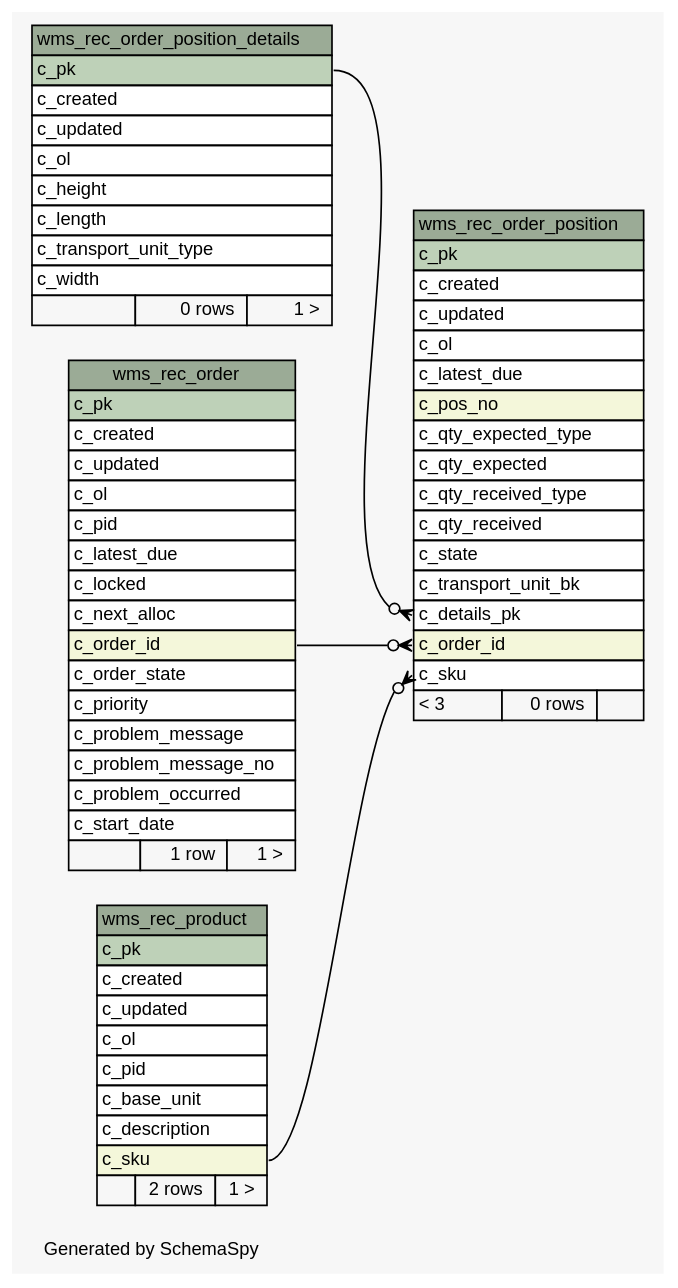
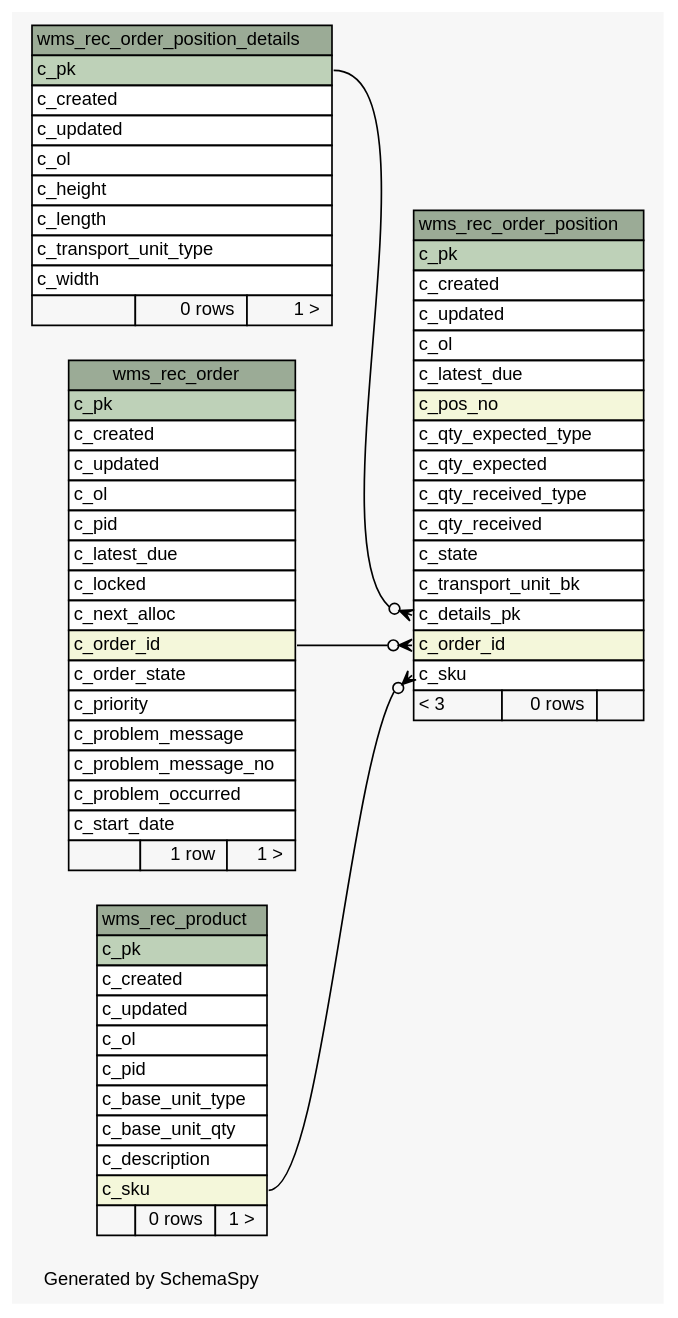
Before and after one commit to openwms/org.openwms.wms.receiving.lib: the diagram in 1.0.0-SNAPSHOT/schemaspy/diagrams/summary/relationships.real.large.dot, drawn with Graphviz. The commit also changed 246 other files, not shown here.

```diff
--- a/1.0.0-SNAPSHOT/schemaspy/diagrams/summary/relationships.real.large.dot
+++ b/1.0.0-SNAPSHOT/schemaspy/diagrams/summary/relationships.real.large.dot
@@ -1,107 +1,108 @@
 // dot 2.38.0 on Linux 4.15.0-1077-gcp
 // SchemaSpy rev Unknown
 digraph "largeRelationshipsDiagram" {
   graph [
     rankdir="RL"
     bgcolor="#f7f7f7"
     label="\nGenerated by SchemaSpy"
     labeljust="l"
     nodesep="0.18"
     ranksep="0.46"
     fontname="Helvetica"
     fontsize="11"
   ];
   node [
     fontname="Helvetica"
     fontsize="11"
     shape="plaintext"
   ];
   edge [
     arrowsize="0.8"
   ];
   "wms_rec_order" [
     label=<
     <TABLE BORDER="0" CELLBORDER="1" CELLSPACING="0" BGCOLOR="#ffffff">
       <TR><TD COLSPAN="3" BGCOLOR="#9bab96" ALIGN="CENTER">wms_rec_order</TD></TR>
       <TR><TD PORT="c_pk" COLSPAN="3" BGCOLOR="#bed1b8" ALIGN="LEFT">c_pk</TD></TR>
       <TR><TD PORT="c_created" COLSPAN="3" ALIGN="LEFT">c_created</TD></TR>
       <TR><TD PORT="c_updated" COLSPAN="3" ALIGN="LEFT">c_updated</TD></TR>
       <TR><TD PORT="c_ol" COLSPAN="3" ALIGN="LEFT">c_ol</TD></TR>
       <TR><TD PORT="c_pid" COLSPAN="3" ALIGN="LEFT">c_pid</TD></TR>
       <TR><TD PORT="c_latest_due" COLSPAN="3" ALIGN="LEFT">c_latest_due</TD></TR>
       <TR><TD PORT="c_locked" COLSPAN="3" ALIGN="LEFT">c_locked</TD></TR>
       <TR><TD PORT="c_next_alloc" COLSPAN="3" ALIGN="LEFT">c_next_alloc</TD></TR>
       <TR><TD PORT="c_order_id" COLSPAN="3" BGCOLOR="#f4f7da" ALIGN="LEFT">c_order_id</TD></TR>
       <TR><TD PORT="c_order_state" COLSPAN="3" ALIGN="LEFT">c_order_state</TD></TR>
       <TR><TD PORT="c_priority" COLSPAN="3" ALIGN="LEFT">c_priority</TD></TR>
       <TR><TD PORT="c_problem_message" COLSPAN="3" ALIGN="LEFT">c_problem_message</TD></TR>
       <TR><TD PORT="c_problem_message_no" COLSPAN="3" ALIGN="LEFT">c_problem_message_no</TD></TR>
       <TR><TD PORT="c_problem_occurred" COLSPAN="3" ALIGN="LEFT">c_problem_occurred</TD></TR>
       <TR><TD PORT="c_start_date" COLSPAN="3" ALIGN="LEFT">c_start_date</TD></TR>
       <TR><TD ALIGN="LEFT" BGCOLOR="#f7f7f7">  </TD><TD ALIGN="RIGHT" BGCOLOR="#f7f7f7">1 row</TD><TD ALIGN="RIGHT" BGCOLOR="#f7f7f7">1 &gt;</TD></TR>
     </TABLE>>
     URL="tables/wms_rec_order.html"
     tooltip="wms_rec_order"
   ];
   "wms_rec_order_position" [
     label=<
     <TABLE BORDER="0" CELLBORDER="1" CELLSPACING="0" BGCOLOR="#ffffff">
       <TR><TD COLSPAN="3" BGCOLOR="#9bab96" ALIGN="CENTER">wms_rec_order_position</TD></TR>
       <TR><TD PORT="c_pk" COLSPAN="3" BGCOLOR="#bed1b8" ALIGN="LEFT">c_pk</TD></TR>
       <TR><TD PORT="c_created" COLSPAN="3" ALIGN="LEFT">c_created</TD></TR>
       <TR><TD PORT="c_updated" COLSPAN="3" ALIGN="LEFT">c_updated</TD></TR>
       <TR><TD PORT="c_ol" COLSPAN="3" ALIGN="LEFT">c_ol</TD></TR>
       <TR><TD PORT="c_latest_due" COLSPAN="3" ALIGN="LEFT">c_latest_due</TD></TR>
       <TR><TD PORT="c_pos_no" COLSPAN="3" BGCOLOR="#f4f7da" ALIGN="LEFT">c_pos_no</TD></TR>
       <TR><TD PORT="c_qty_expected_type" COLSPAN="3" ALIGN="LEFT">c_qty_expected_type</TD></TR>
       <TR><TD PORT="c_qty_expected" COLSPAN="3" ALIGN="LEFT">c_qty_expected</TD></TR>
       <TR><TD PORT="c_qty_received_type" COLSPAN="3" ALIGN="LEFT">c_qty_received_type</TD></TR>
       <TR><TD PORT="c_qty_received" COLSPAN="3" ALIGN="LEFT">c_qty_received</TD></TR>
       <TR><TD PORT="c_state" COLSPAN="3" ALIGN="LEFT">c_state</TD></TR>
       <TR><TD PORT="c_transport_unit_bk" COLSPAN="3" ALIGN="LEFT">c_transport_unit_bk</TD></TR>
       <TR><TD PORT="c_details_pk" COLSPAN="3" ALIGN="LEFT">c_details_pk</TD></TR>
       <TR><TD PORT="c_order_id" COLSPAN="3" BGCOLOR="#f4f7da" ALIGN="LEFT">c_order_id</TD></TR>
       <TR><TD PORT="c_sku" COLSPAN="3" ALIGN="LEFT">c_sku</TD></TR>
       <TR><TD ALIGN="LEFT" BGCOLOR="#f7f7f7">&lt; 3</TD><TD ALIGN="RIGHT" BGCOLOR="#f7f7f7">0 rows</TD><TD ALIGN="RIGHT" BGCOLOR="#f7f7f7">  </TD></TR>
     </TABLE>>
     URL="tables/wms_rec_order_position.html"
     tooltip="wms_rec_order_position"
   ];
   "wms_rec_order_position_details" [
     label=<
     <TABLE BORDER="0" CELLBORDER="1" CELLSPACING="0" BGCOLOR="#ffffff">
       <TR><TD COLSPAN="3" BGCOLOR="#9bab96" ALIGN="CENTER">wms_rec_order_position_details</TD></TR>
       <TR><TD PORT="c_pk" COLSPAN="3" BGCOLOR="#bed1b8" ALIGN="LEFT">c_pk</TD></TR>
       <TR><TD PORT="c_created" COLSPAN="3" ALIGN="LEFT">c_created</TD></TR>
       <TR><TD PORT="c_updated" COLSPAN="3" ALIGN="LEFT">c_updated</TD></TR>
       <TR><TD PORT="c_ol" COLSPAN="3" ALIGN="LEFT">c_ol</TD></TR>
       <TR><TD PORT="c_height" COLSPAN="3" ALIGN="LEFT">c_height</TD></TR>
       <TR><TD PORT="c_length" COLSPAN="3" ALIGN="LEFT">c_length</TD></TR>
       <TR><TD PORT="c_transport_unit_type" COLSPAN="3" ALIGN="LEFT">c_transport_unit_type</TD></TR>
       <TR><TD PORT="c_width" COLSPAN="3" ALIGN="LEFT">c_width</TD></TR>
       <TR><TD ALIGN="LEFT" BGCOLOR="#f7f7f7">  </TD><TD ALIGN="RIGHT" BGCOLOR="#f7f7f7">0 rows</TD><TD ALIGN="RIGHT" BGCOLOR="#f7f7f7">1 &gt;</TD></TR>
     </TABLE>>
     URL="tables/wms_rec_order_position_details.html"
     tooltip="wms_rec_order_position_details"
   ];
   "wms_rec_product" [
     label=<
     <TABLE BORDER="0" CELLBORDER="1" CELLSPACING="0" BGCOLOR="#ffffff">
       <TR><TD COLSPAN="3" BGCOLOR="#9bab96" ALIGN="CENTER">wms_rec_product</TD></TR>
       <TR><TD PORT="c_pk" COLSPAN="3" BGCOLOR="#bed1b8" ALIGN="LEFT">c_pk</TD></TR>
       <TR><TD PORT="c_created" COLSPAN="3" ALIGN="LEFT">c_created</TD></TR>
       <TR><TD PORT="c_updated" COLSPAN="3" ALIGN="LEFT">c_updated</TD></TR>
       <TR><TD PORT="c_ol" COLSPAN="3" ALIGN="LEFT">c_ol</TD></TR>
       <TR><TD PORT="c_pid" COLSPAN="3" ALIGN="LEFT">c_pid</TD></TR>
-      <TR><TD PORT="c_base_unit" COLSPAN="3" ALIGN="LEFT">c_base_unit</TD></TR>
+      <TR><TD PORT="c_base_unit_type" COLSPAN="3" ALIGN="LEFT">c_base_unit_type</TD></TR>
+      <TR><TD PORT="c_base_unit_qty" COLSPAN="3" ALIGN="LEFT">c_base_unit_qty</TD></TR>
       <TR><TD PORT="c_description" COLSPAN="3" ALIGN="LEFT">c_description</TD></TR>
       <TR><TD PORT="c_sku" COLSPAN="3" BGCOLOR="#f4f7da" ALIGN="LEFT">c_sku</TD></TR>
-      <TR><TD ALIGN="LEFT" BGCOLOR="#f7f7f7">  </TD><TD ALIGN="RIGHT" BGCOLOR="#f7f7f7">2 rows</TD><TD ALIGN="RIGHT" BGCOLOR="#f7f7f7">1 &gt;</TD></TR>
+      <TR><TD ALIGN="LEFT" BGCOLOR="#f7f7f7">  </TD><TD ALIGN="RIGHT" BGCOLOR="#f7f7f7">0 rows</TD><TD ALIGN="RIGHT" BGCOLOR="#f7f7f7">1 &gt;</TD></TR>
     </TABLE>>
     URL="tables/wms_rec_product.html"
     tooltip="wms_rec_product"
   ];
   "wms_rec_order_position":"c_details_pk":w -> "wms_rec_order_position_details":"c_pk":e [arrowhead=none dir=back arrowtail=crowodot];
   "wms_rec_order_position":"c_order_id":w -> "wms_rec_order":"c_order_id":e [arrowhead=none dir=back arrowtail=crowodot];
   "wms_rec_order_position":"c_sku":w -> "wms_rec_product":"c_sku":e [arrowhead=none dir=back arrowtail=crowodot];
 }
```
